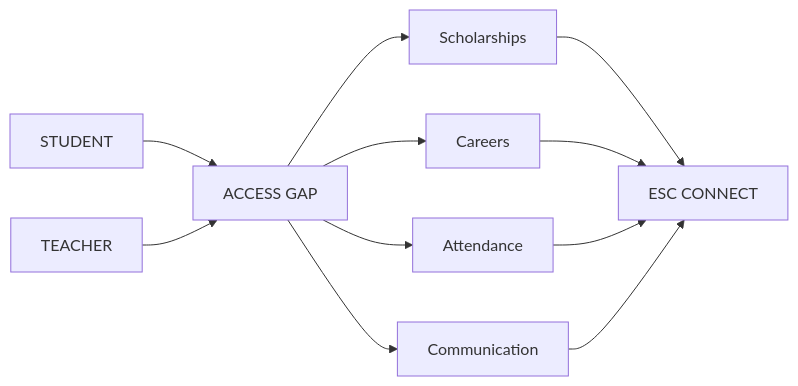
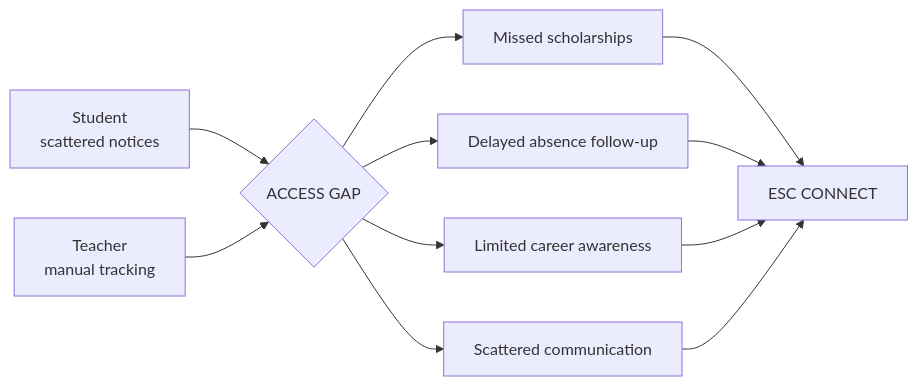
Before and after one commit to mahik2007/hackathon: the first of 23 diagrams in README.md, drawn with Mermaid. The commit also changed other lines of this file, not shown here.

````diff
--- a/README.md
+++ b/README.md
@@ -8,13 +18,13 @@
 ```mermaid
 flowchart LR
-    S[STUDENT] --> G[ACCESS GAP]
-    T[TEACHER] --> G
-    G --> SCH[Scholarships]
-    G --> CAR[Careers]
-    G --> ATT[Attendance]
-    G --> COM[Communication]
+    S[Student<br/>scattered notices] --> G{ACCESS GAP}
+    T[Teacher<br/>manual tracking] --> G
+    G --> SCH[Missed scholarships]
+    G --> ATT[Delayed absence follow-up]
+    G --> CAR[Limited career awareness]
+    G --> COM[Scattered communication]
     SCH --> E[ESC CONNECT]
+    ATT --> E
     CAR --> E
-    ATT --> E
     COM --> E
 ```
````
